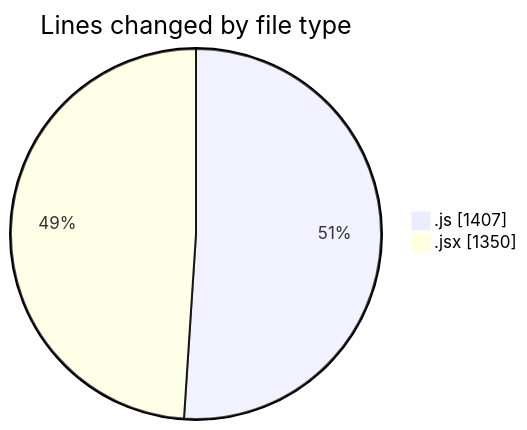
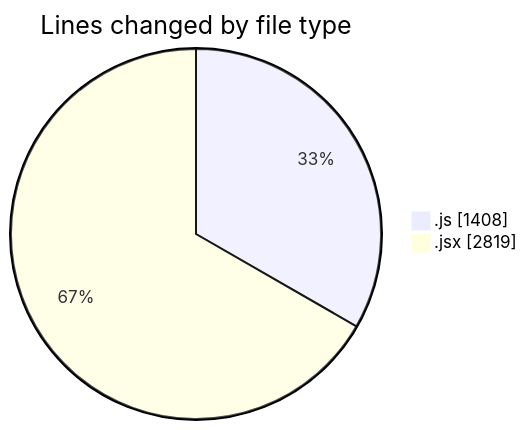
One commit to nxtqubesakshisongat/code-tracking changed the first of 2 diagrams in 2025-09-19/nxtqube_webapp/README.md. Above: the diagram before and after it, drawn with Mermaid. The commit also changed other lines of this file and 1 other file, not shown here.

````diff
--- a/2025-09-19/nxtqube_webapp/README.md
+++ b/2025-09-19/nxtqube_webapp/README.md
@@ -23,6 +24,6 @@
 ```mermaid
 pie showData
 title Lines changed by file type
-".js" : 1407
-".jsx" : 1350
+".js" : 1408
+".jsx" : 2819
 ```
````
